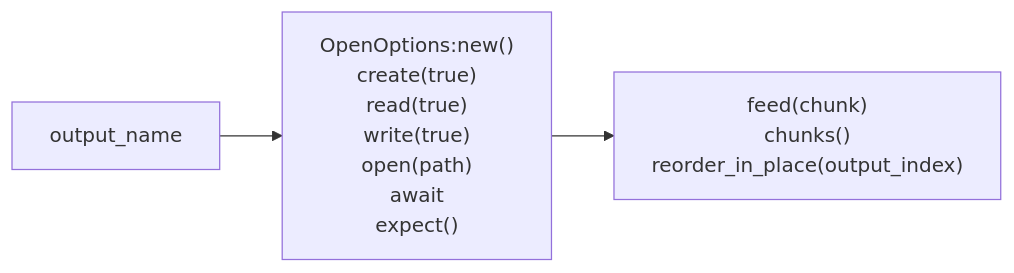
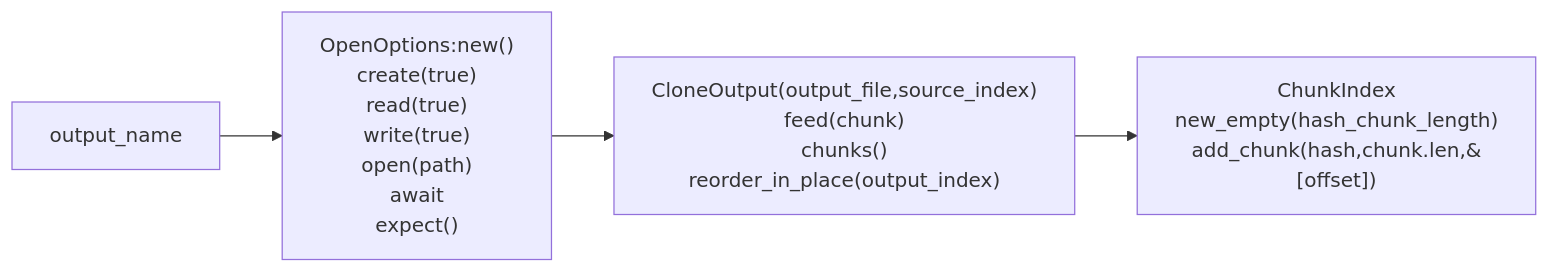
The third of 3 diagrams in markdowns/examples-local-cloner.md (softtiny/docs.bita), drawn with Mermaid before and after one commit.

Commit message:
:construction: Work in progress.

````diff
--- a/markdowns/examples-local-cloner.md
+++ b/markdowns/examples-local-cloner.md
@@ -48,19 +48,26 @@
 ```mermaid
     flowchart LR
     open["`
         OpenOptions:new()
         create(true)
         read(true)
         write(true)
         open(path)
         await
         expect()
     `"]
     clone["`
+        CloneOutput(output_file,source_index)
         feed(chunk)
         chunks()
         reorder_in_place(output_index)
     `"]
+    index["`
+        ChunkIndex
+        new_empty(hash_chunk_length)
+        add_chunk(hash,chunk.len,&[offset])
+    `"]
     output_name --> open
     open --> clone
+    clone --> index
 ```
````
